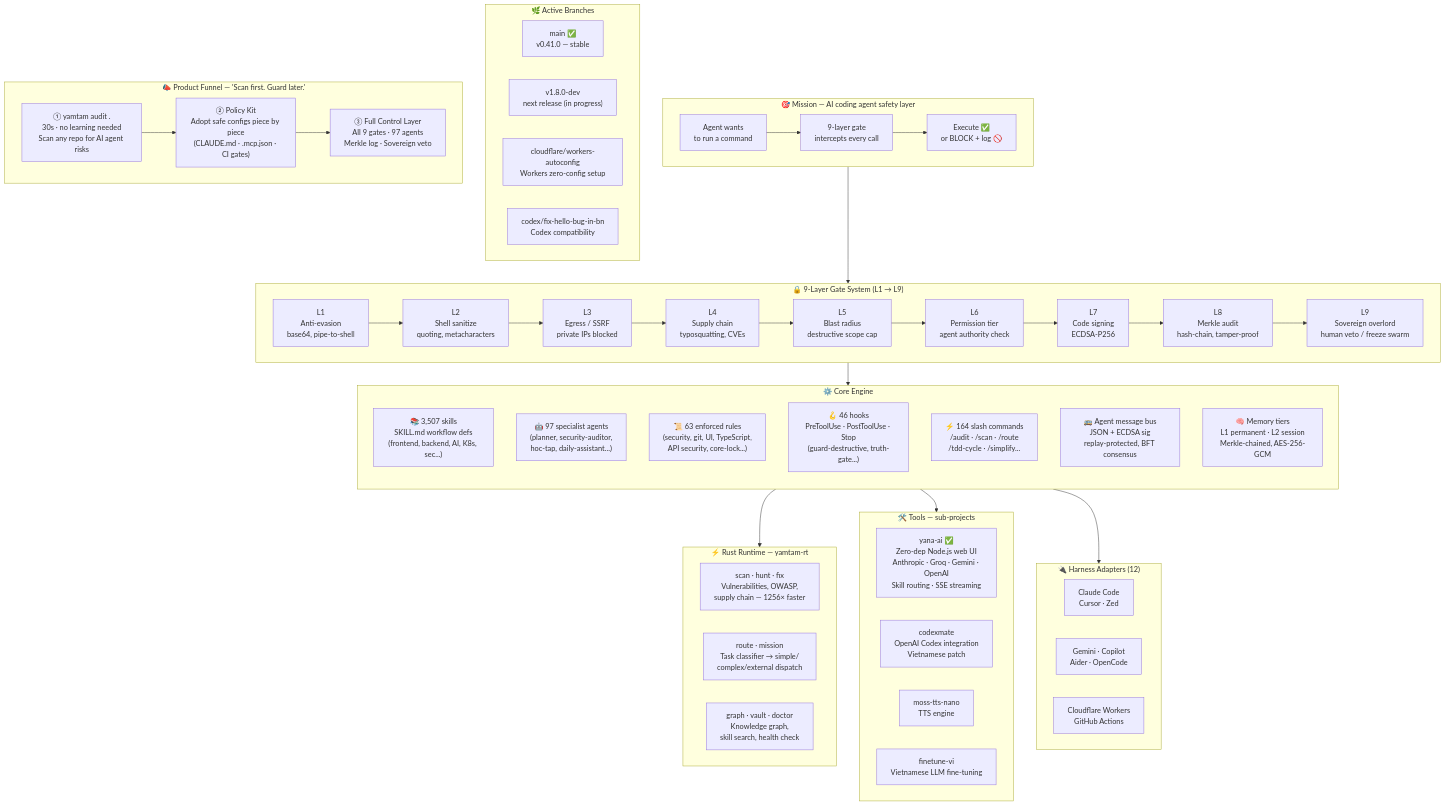
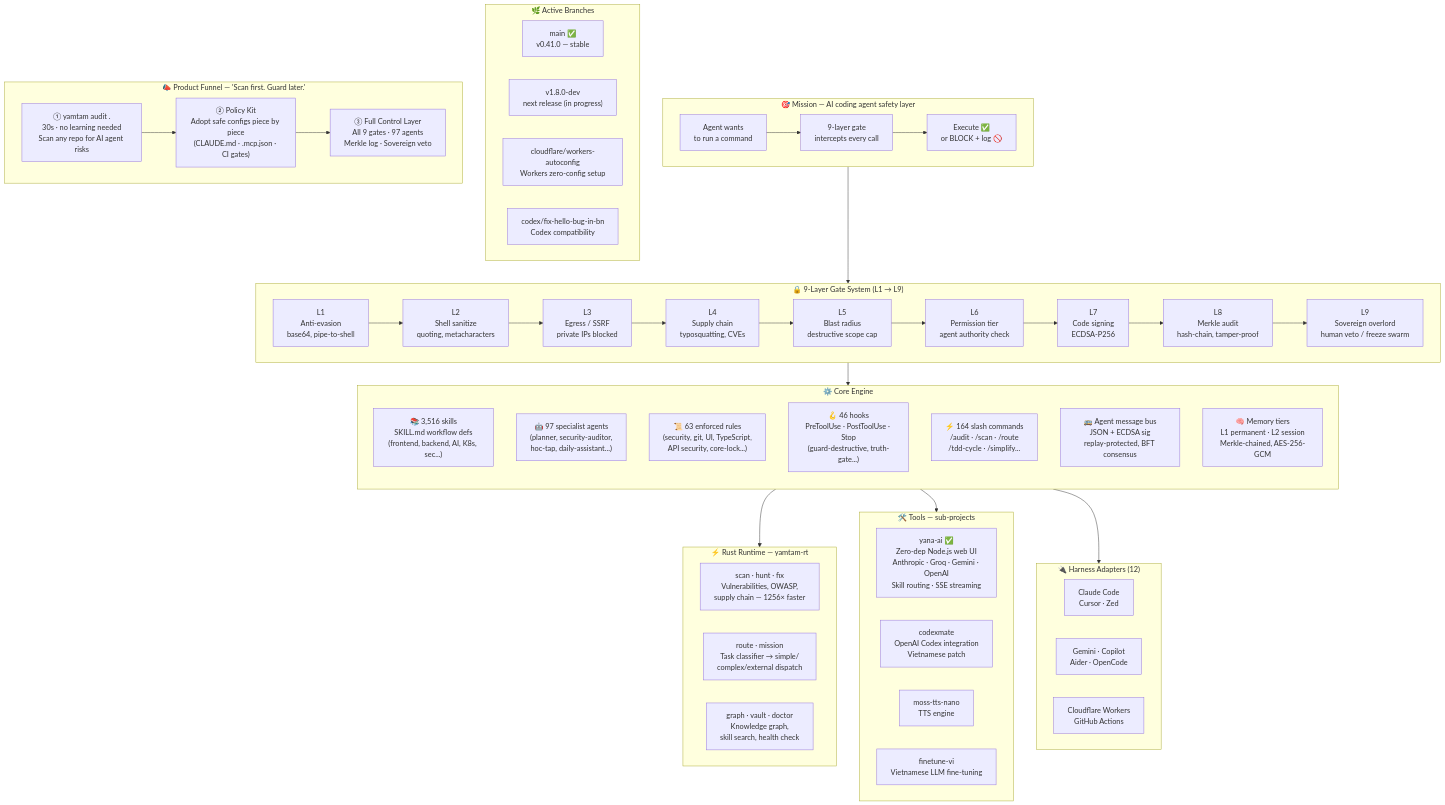
The diagram in README.md (yanacuti1121/Yana-AI), drawn with Mermaid before and after one commit. The commit also changed other lines of this file and 15 other files, not shown here.

First line of the commit message:
feat(skills): add 6 personal workflow skills from prompt pack

```diff
--- a/README.md
+++ b/README.md
@@ -97,7 +97,7 @@
     %% ── Core engine ──────────────────────────────────────────────────────
     subgraph CORE["⚙️ Core Engine"]
         direction TB
-        SKILLS["📚 3,507 skills\nSKILL.md workflow defs\n(frontend, backend, AI, K8s, sec...)"]
+        SKILLS["📚 3,516 skills\nSKILL.md workflow defs\n(frontend, backend, AI, K8s, sec...)"]
         AGENTS["🤖 97 specialist agents\n(planner, security-auditor,\nhoc-tap, daily-assistant...)"]
         RULES["📜 63 enforced rules\n(security, git, UI, TypeScript,\nAPI security, core-lock...)"]
         HOOKS["🪝 46 hooks\nPreToolUse · PostToolUse · Stop\n(guard-destructive, truth-gate...)"]
```
